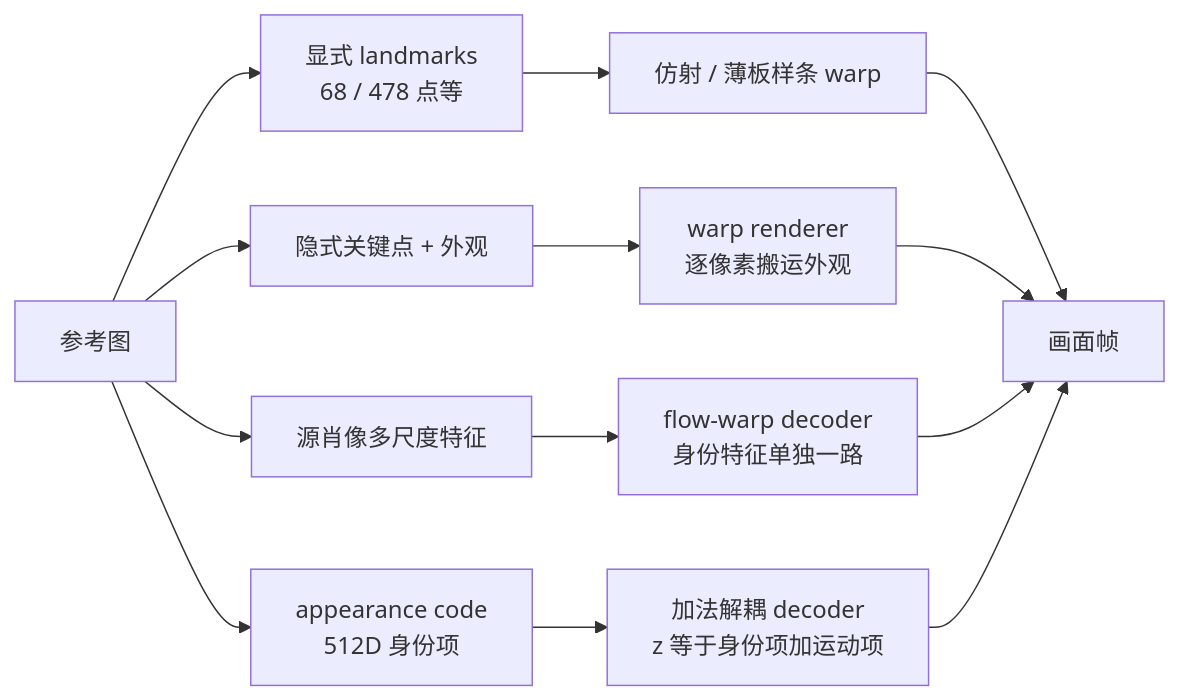
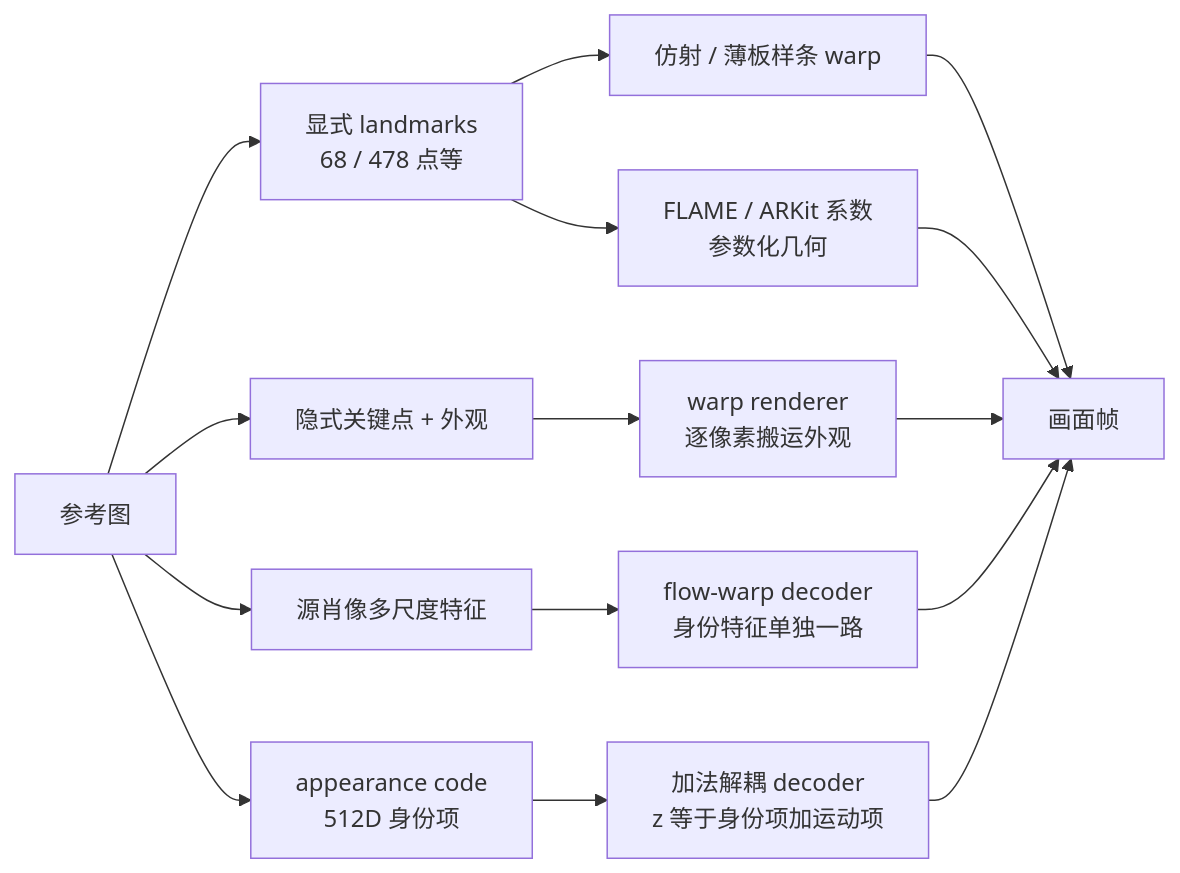
One commit to gongshangzheng/digital-human changed the first of 4 diagrams in management/docs/实习复盘/数字人身份.md. Above: the diagram before and after it, drawn with Mermaid. The commit also changed other lines of this file and 2 other files, not shown here.

Commit message:
docs(identity): 显式表示写成一族（landmarks/FLAME·ARKit/BlendFace），并去掉「那一代」式代称（intro、契约、skill 同步）

````diff
--- a/management/docs/实习复盘/数字人身份.md
+++ b/management/docs/实习复盘/数字人身份.md
@@ -28,15 +28,17 @@
 ```mermaid
 flowchart LR
     REF["参考图"] --> E0["显式 landmarks<br/>68 / 478 点等"]
     E0 --> W0["仿射 / 薄板样条 warp"]
+    E0 --> E4["FLAME / ARKit 系数<br/>参数化几何"]
     REF --> E1["隐式关键点 + 外观"]
     REF --> E2["源肖像多尺度特征"]
     REF --> E3["appearance code<br/>512D 身份项"]
     E1 --> W["warp renderer<br/>逐像素搬运外观"]
     E2 --> F["flow-warp decoder<br/>身份特征单独一路"]
     E3 --> A["加法解耦 decoder<br/>z 等于身份项加运动项"]
     W0 --> OUT["画面帧"]
+    E4 --> OUT["画面帧"]
     W --> OUT["画面帧"]
     F --> OUT
     A --> OUT
 ```
````
